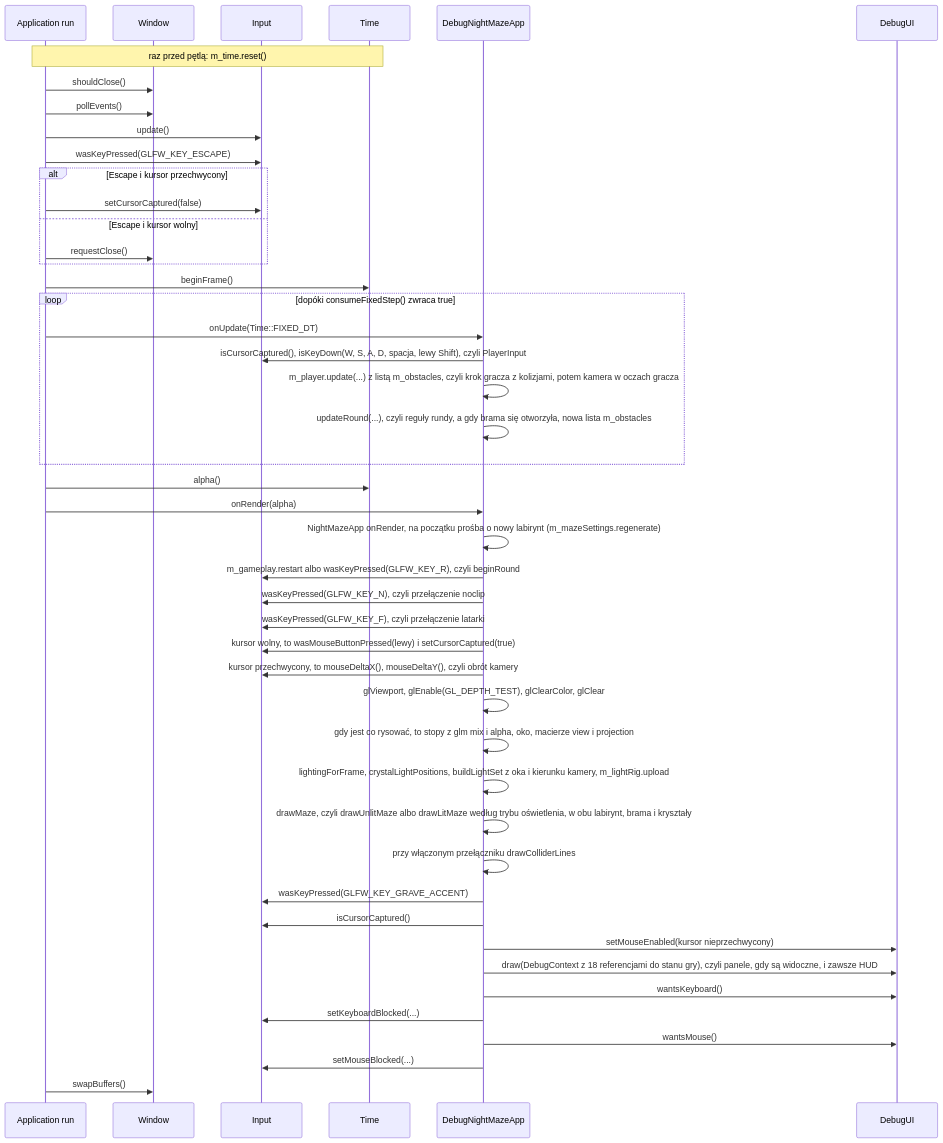
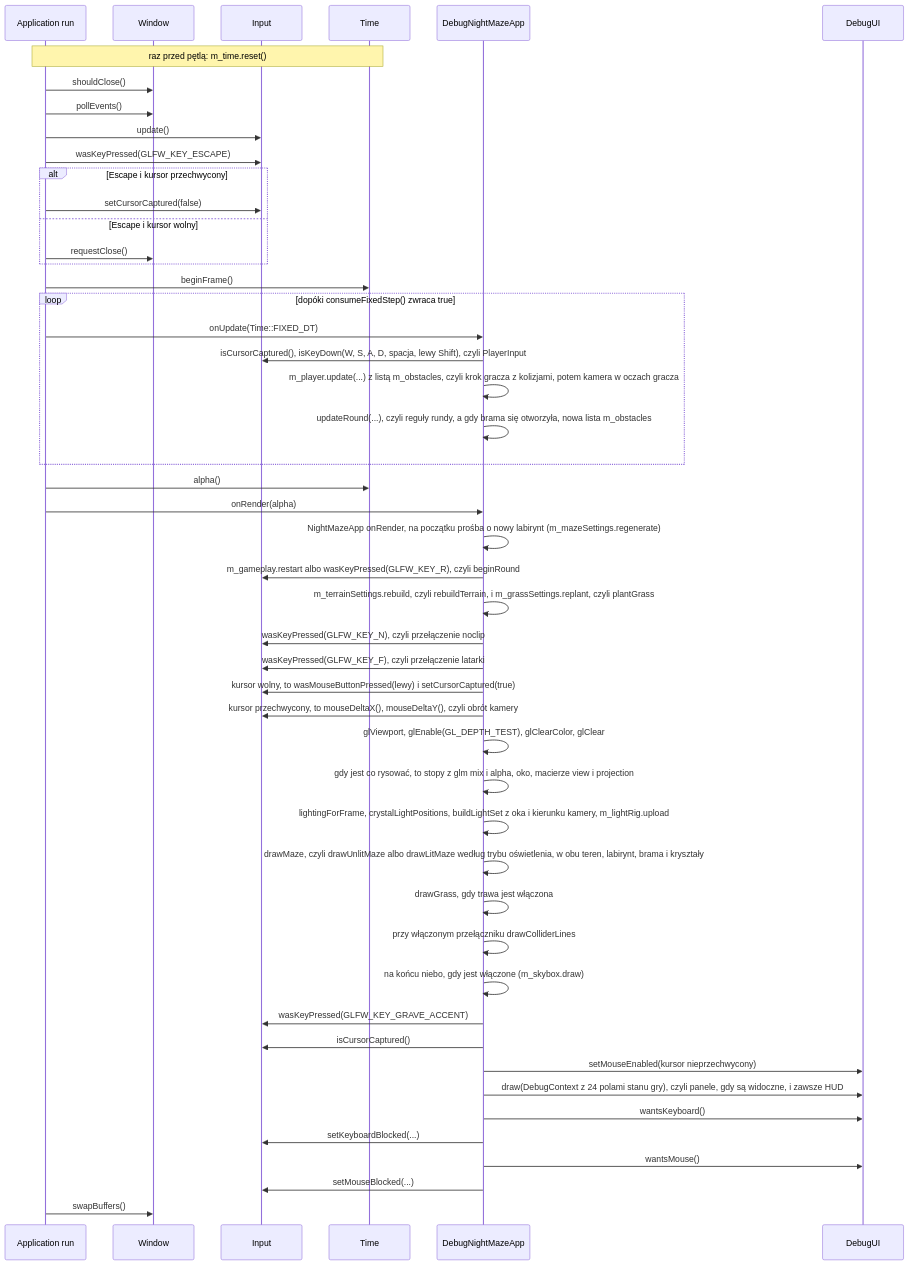
Before and after one commit to Shironex/night-maze: the second of 3 diagrams in docs/modules/core/README.md, drawn with Mermaid. The commit also changed other lines of this file and 12 other files, not shown here.

Commit message:
docs(guides): record m6 terrain and grass on windows and add the manual test lists

````diff
--- a/docs/modules/core/README.md
+++ b/docs/modules/core/README.md
@@ -83,48 +83,51 @@
 ```mermaid
 sequenceDiagram
     participant Run as Application run
     participant Win as Window
     participant In as Input
     participant T as Time
     participant App as DebugNightMazeApp
     participant UI as DebugUI
     Note over Run,T: raz przed pętlą: m_time.reset()
     Run->>Win: shouldClose()
     Run->>Win: pollEvents()
     Run->>In: update()
     Run->>In: wasKeyPressed(GLFW_KEY_ESCAPE)
     alt Escape i kursor przechwycony
         Run->>In: setCursorCaptured(false)
     else Escape i kursor wolny
         Run->>Win: requestClose()
     end
     Run->>T: beginFrame()
     loop dopóki consumeFixedStep() zwraca true
         Run->>App: onUpdate(Time::FIXED_DT)
         App->>In: isCursorCaptured(), isKeyDown(W, S, A, D, spacja, lewy Shift), czyli PlayerInput
         App->>App: m_player.update(...) z listą m_obstacles, czyli krok gracza z kolizjami, potem kamera w oczach gracza
         App->>App: updateRound(...), czyli reguły rundy, a gdy brama się otworzyła, nowa lista m_obstacles
     end
     Run->>T: alpha()
     Run->>App: onRender(alpha)
     App->>App: NightMazeApp onRender, na początku prośba o nowy labirynt (m_mazeSettings.regenerate)
     App->>In: m_gameplay.restart albo wasKeyPressed(GLFW_KEY_R), czyli beginRound
+    App->>App: m_terrainSettings.rebuild, czyli rebuildTerrain, i m_grassSettings.replant, czyli plantGrass
     App->>In: wasKeyPressed(GLFW_KEY_N), czyli przełączenie noclip
     App->>In: wasKeyPressed(GLFW_KEY_F), czyli przełączenie latarki
     App->>In: kursor wolny, to wasMouseButtonPressed(lewy) i setCursorCaptured(true)
     App->>In: kursor przechwycony, to mouseDeltaX(), mouseDeltaY(), czyli obrót kamery
     App->>App: glViewport, glEnable(GL_DEPTH_TEST), glClearColor, glClear
     App->>App: gdy jest co rysować, to stopy z glm mix i alpha, oko, macierze view i projection
     App->>App: lightingForFrame, crystalLightPositions, buildLightSet z oka i kierunku kamery, m_lightRig.upload
-    App->>App: drawMaze, czyli drawUnlitMaze albo drawLitMaze według trybu oświetlenia, w obu labirynt, brama i kryształy
+    App->>App: drawMaze, czyli drawUnlitMaze albo drawLitMaze według trybu oświetlenia, w obu teren, labirynt, brama i kryształy
+    App->>App: drawGrass, gdy trawa jest włączona
     App->>App: przy włączonym przełączniku drawColliderLines
+    App->>App: na końcu niebo, gdy jest włączone (m_skybox.draw)
     App->>In: wasKeyPressed(GLFW_KEY_GRAVE_ACCENT)
     App->>In: isCursorCaptured()
     App->>UI: setMouseEnabled(kursor nieprzechwycony)
-    App->>UI: draw(DebugContext z 18 referencjami do stanu gry), czyli panele, gdy są widoczne, i zawsze HUD
+    App->>UI: draw(DebugContext z 24 polami stanu gry), czyli panele, gdy są widoczne, i zawsze HUD
     App->>UI: wantsKeyboard()
     App->>In: setKeyboardBlocked(...)
     App->>UI: wantsMouse()
     App->>In: setMouseBlocked(...)
     Run->>Win: swapBuffers()
 ```
````
